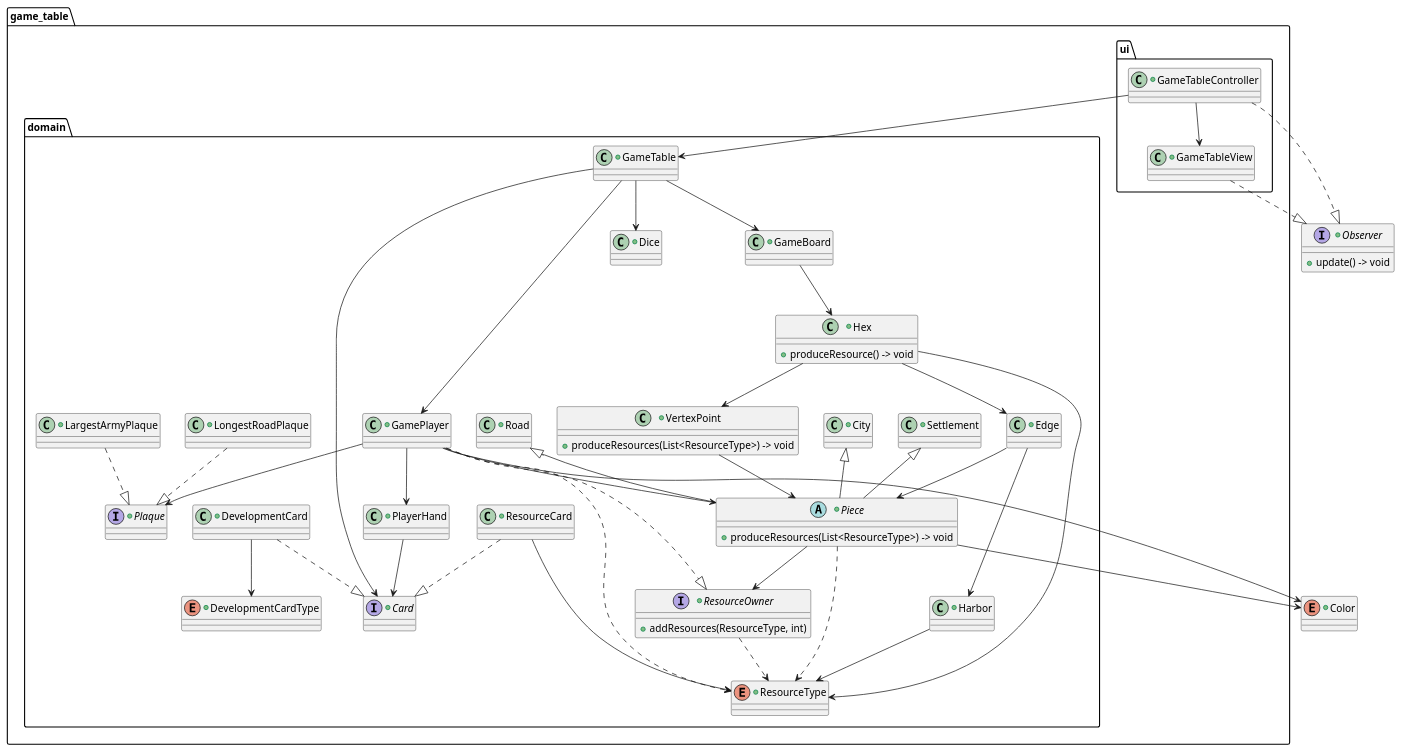
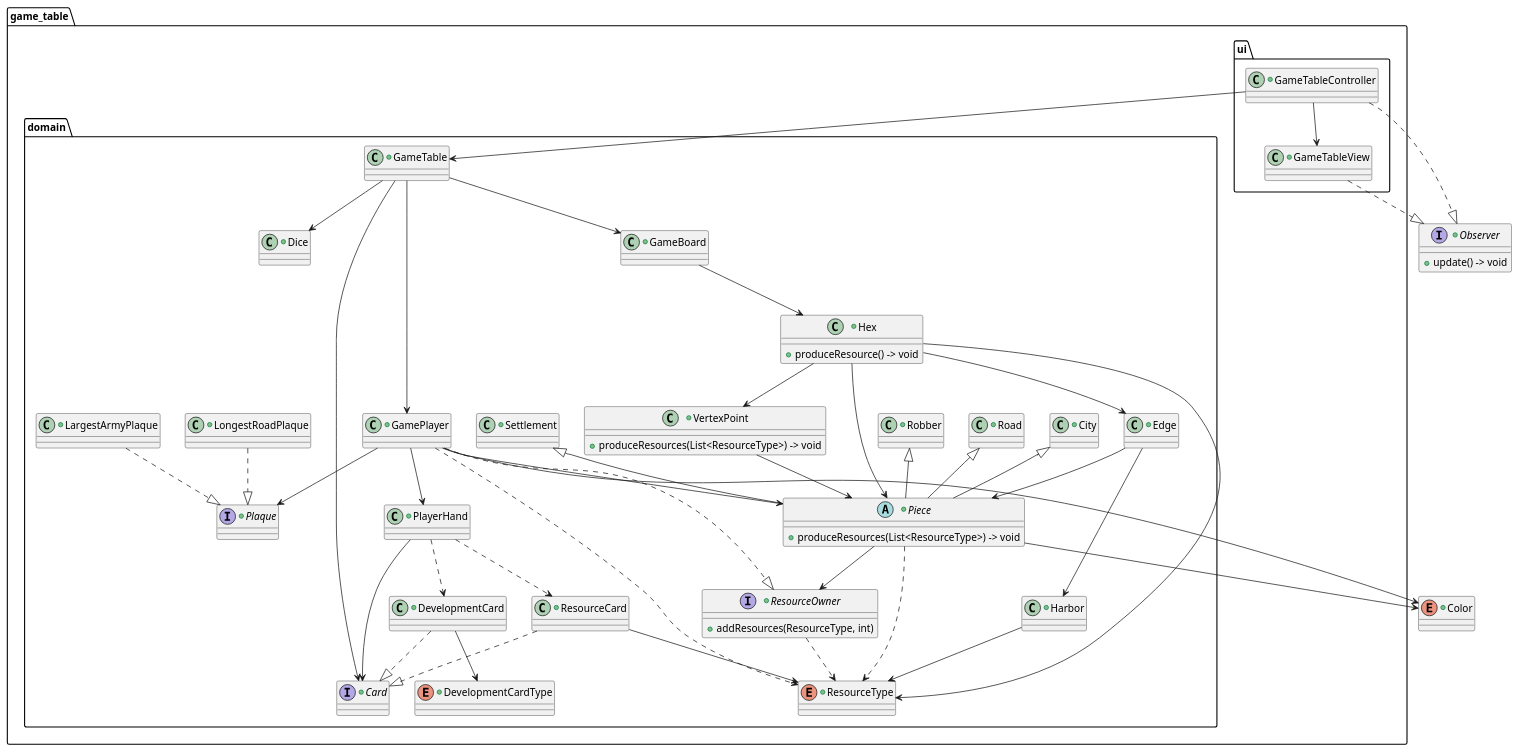
One commit to nu-cs-sqe/cs380-software-quality-engineering-20262701-course-project-group-5 changed the diagram in docs/design/game_table.puml. Above: the diagram before and after it, drawn with PlantUML.

Commit message:
Updated draft with hex having piece (robber)

```diff
--- a/docs/design/game_table.puml
+++ b/docs/design/game_table.puml
@@ -1,145 +1,152 @@
 @startuml
 
 +interface Observer {
     +update() -> void
 }
 
 +enum Color {
 }
 
 package game_table {
 
 package ui {
 
     +class GameTableController {
     }
 
     +class GameTableView {
     }
 
 }
 
 package domain {
 
     +class GameTable {
     }
 
     +class GamePlayer {
     }
 
     +interface ResourceOwner {
         +addResources(ResourceType, int)
     }
 
     +class PlayerHand {
     }
 
     +class GameBoard {
     }
 
     +class Hex {
         +produceResource() -> void
     }
 
     +class VertexPoint {
         +produceResources(List<ResourceType>) -> void
     }
 
     +class Edge {
     }
 
     +abstract class Piece {
         +produceResources(List<ResourceType>) -> void
     }
 
     +class Settlement {
     }
 
     +class City {
     }
 
     +class Road {
     }
 
+    +class Robber {
+    }
+
     +class Harbor {
     }
 
     +class Dice {
     }
 
     +interface Card {
     }
 
     +class ResourceCard {
     }
 
     +class DevelopmentCard {
     }
 
     +enum ResourceType {
     }
 
     +enum DevelopmentCardType {
     }
 
     +interface Plaque {
     }
 
     +class LongestRoadPlaque {
     }
 
     +class LargestArmyPlaque {
     }
 
 }
 
 }
 
 GameTableController --> GameTableView
 GameTableController --> GameTable
 GameTableController ..|> Observer
 GameTableView ..|> Observer
 
 GameTable --> GamePlayer
 GameTable --> GameBoard
 GameTable --> Card
 GameTable --> Dice
 
 GamePlayer --> PlayerHand
 GamePlayer --> Piece
 GamePlayer --> Color
 GamePlayer --> Plaque
 GamePlayer ..|> ResourceOwner
 GamePlayer ..> ResourceType
 ResourceOwner ..> ResourceType
 
 GameBoard --> Hex
 
+Hex --> Piece
 Hex --> VertexPoint
 Hex --> Edge
 Hex --> ResourceType
 
 VertexPoint --> Piece
 Edge --> Piece
 Edge --> Harbor
 Harbor --> ResourceType
 
 PlayerHand --> Card
+PlayerHand ..> ResourceCard
+PlayerHand ..> DevelopmentCard
 
 Settlement <|-- Piece
 City <|-- Piece
 Road <|-- Piece
+Robber <|-- Piece
 
 Piece --> ResourceOwner
 Piece ..> ResourceType
 Piece --> Color
 
 ResourceCard ..|> Card
 ResourceCard --> ResourceType
 DevelopmentCard ..|> Card
 DevelopmentCard --> DevelopmentCardType
 
 LongestRoadPlaque ..|> Plaque
 LargestArmyPlaque ..|> Plaque
 
 @enduml
```
